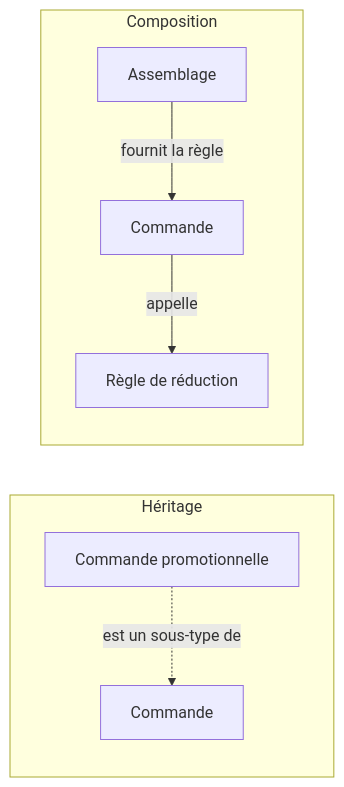
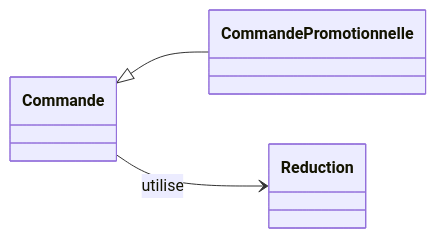
The third of 3 diagrams in src/cours/poo-patterns-frameworks/01-fondations.md (theopaolo/dev-carnet), drawn with Mermaid before and after one commit. The commit also changed other lines of this file and 20 other files, not shown here.

````diff
--- a/src/cours/poo-patterns-frameworks/01-fondations.md
+++ b/src/cours/poo-patterns-frameworks/01-fondations.md
@@ -116,12 +230,8 @@
 ```mermaid
-flowchart LR
-  accTitle: Hériter d'un type ou composer des collaborateurs
-  accDescr: Dans l'héritage, une commande promotionnelle est un sous-type de commande et doit en respecter les promesses. Dans la composition, une commande appelle une réduction fournie séparément.
-  subgraph Heritage[Héritage]
-    Promotion[Commande promotionnelle] -.->|est un sous-type de| Parent[Commande]
-  end
-  subgraph Composition[Composition]
-    Commande[Commande] -->|appelle| Reduction[Règle de réduction]
-    Assemblage[Assemblage] -->|fournit la règle| Commande
-  end
+classDiagram
+  direction LR
+  accTitle: Une commande peut hériter ou utiliser un collaborateur
+  accDescr: CommandePromotionnelle hérite de Commande. Une commande connaît une règle de réduction. Le triangle creux indique l'héritage, la flèche simple indique la collaboration.
+  Commande <|-- CommandePromotionnelle
+  Commande --> Reduction : utilise
 ```
````
